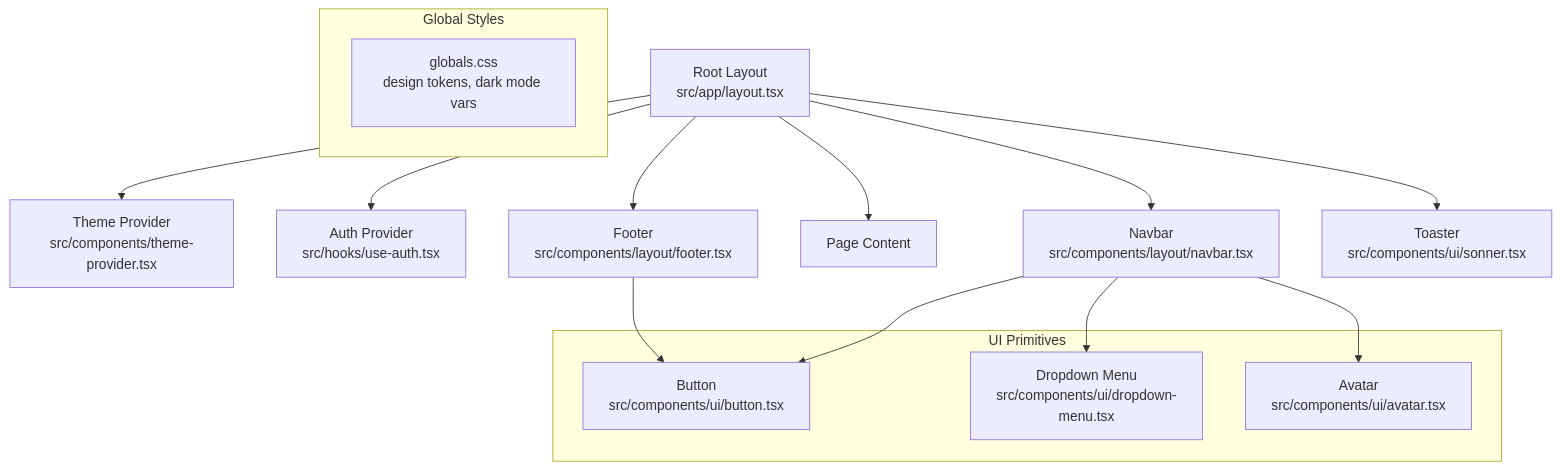
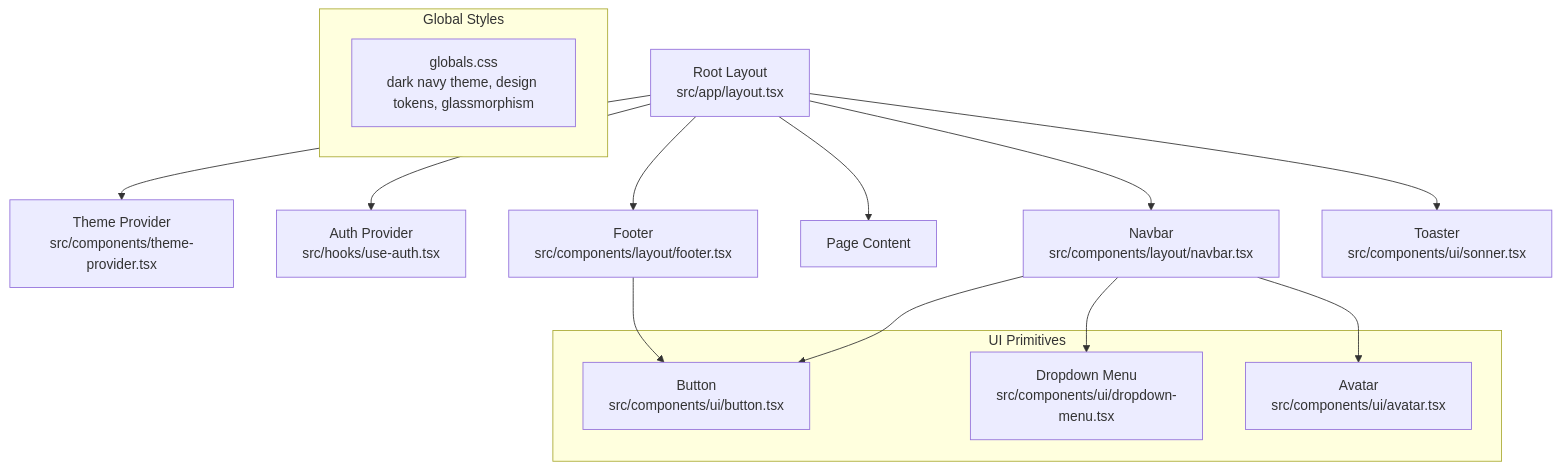
One commit to alikizang/datafrica changed the first of 8 diagrams in .qoder/repowiki/en/content/UI Components/Layout Components.md. Above: the diagram before and after it, drawn with Mermaid. The commit also changed other lines of this file and 15 other files, not shown here.

````diff
--- a/.qoder/repowiki/en/content/UI Components/Layout Components.md
+++ b/.qoder/repowiki/en/content/UI Components/Layout Components.md
@@ -45,21 +56,21 @@
 ```mermaid
 graph TB
 Root["Root Layout<br/>src/app/layout.tsx"] --> TP["Theme Provider<br/>src/components/theme-provider.tsx"]
 Root --> AP["Auth Provider<br/>src/hooks/use-auth.tsx"]
 Root --> NB["Navbar<br/>src/components/layout/navbar.tsx"]
 Root --> MAIN["Page Content"]
 Root --> FT["Footer<br/>src/components/layout/footer.tsx"]
 Root --> TS["Toaster<br/>src/components/ui/sonner.tsx"]
 subgraph "Global Styles"
-GCSS["globals.css<br/>design tokens, dark mode vars"]
+GCSS["globals.css<br/>dark navy theme, design tokens, glassmorphism"]
 end
 subgraph "UI Primitives"
 BTN["Button<br/>src/components/ui/button.tsx"]
 DD["Dropdown Menu<br/>src/components/ui/dropdown-menu.tsx"]
 AV["Avatar<br/>src/components/ui/avatar.tsx"]
 end
 NB --> BTN
 NB --> DD
 NB --> AV
 FT --> BTN
 ```
````
